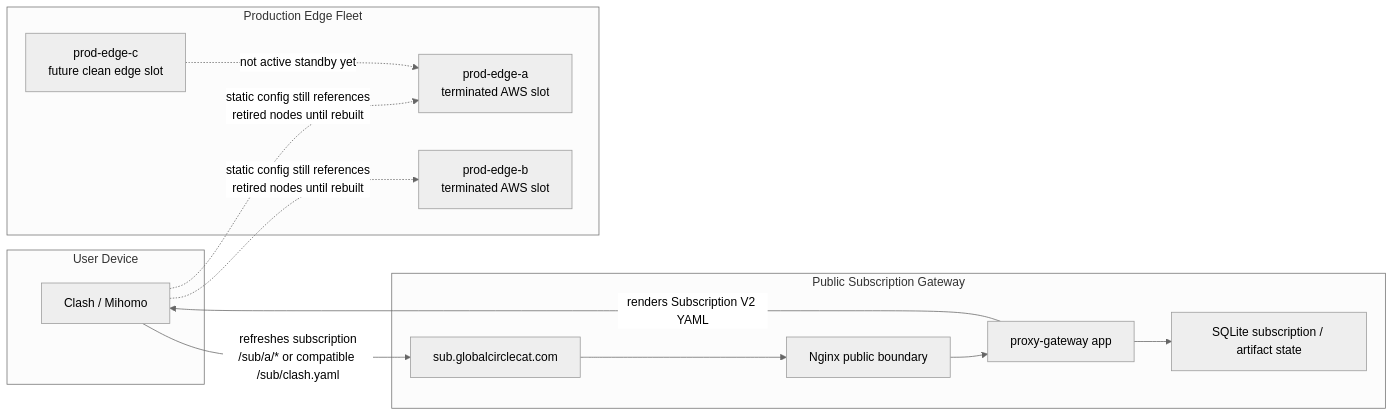
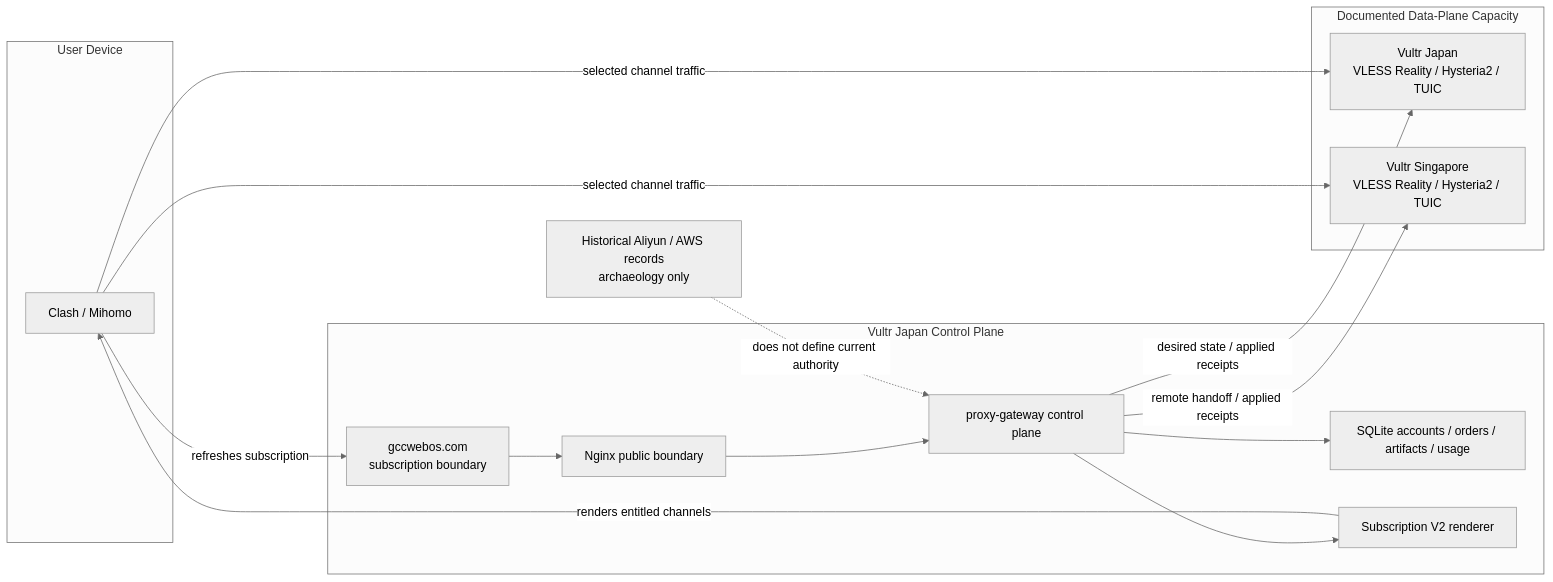
One commit to FlyLink-com/proxy-gateway-minimal changed the first of 7 diagrams in docs/PROJECT_TOPOLOGY.md. Above: the diagram before and after it, drawn with Mermaid (neutral theme). The commit also changed other lines of this file and 2 other files, not shown here.

Commit message:
docs: reconcile project topology with Vultr lanes

````diff
--- a/docs/PROJECT_TOPOLOGY.md
+++ b/docs/PROJECT_TOPOLOGY.md
@@ -22,26 +26,30 @@
 ```mermaid
 flowchart LR
   subgraph "User Device"
     C["Clash / Mihomo"]
   end
 
-  subgraph "Public Subscription Gateway"
-    D["sub.globalcirclecat.com"]
+  subgraph "Vultr Japan Control Plane"
+    D["gccwebos.com\nsubscription boundary"]
     N["Nginx public boundary"]
-    A["proxy-gateway app"]
-    DB["SQLite subscription / artifact state"]
+    A["proxy-gateway control plane"]
+    DB["SQLite accounts / orders / artifacts / usage"]
+    R["Subscription V2 renderer"]
   end
 
-  subgraph "Production Edge Fleet"
-    E1["prod-edge-a\nterminated AWS slot"]
-    E2["prod-edge-b\nterminated AWS slot"]
-    E3["prod-edge-c\nfuture clean edge slot"]
+  subgraph "Documented Data-Plane Capacity"
+    JP["Vultr Japan\nVLESS Reality / Hysteria2 / TUIC"]
+    SGP["Vultr Singapore\nVLESS Reality / Hysteria2 / TUIC"]
   end
 
-  C -->|"refreshes subscription\n/sub/a/* or compatible /sub/clash.yaml"| D
+  H["Historical Aliyun / AWS records\narchaeology only"]
+
+  C -->|"refreshes subscription"| D
   D --> N --> A --> DB
-  A -->|"renders Subscription V2 YAML"| C
-  C -.->|"static config still references\nretired nodes until rebuilt"| E1
-  C -.->|"static config still references\nretired nodes until rebuilt"| E2
-  E3 -.->|"not active standby yet"| E1
+  A --> R -->|"renders entitled channels"| C
+  A -->|"desired state / applied receipts"| JP
+  A -->|"remote handoff / applied receipts"| SGP
+  C -->|"selected channel traffic"| JP
+  C -->|"selected channel traffic"| SGP
+  H -.->|"does not define current authority"| A
 ```
````
